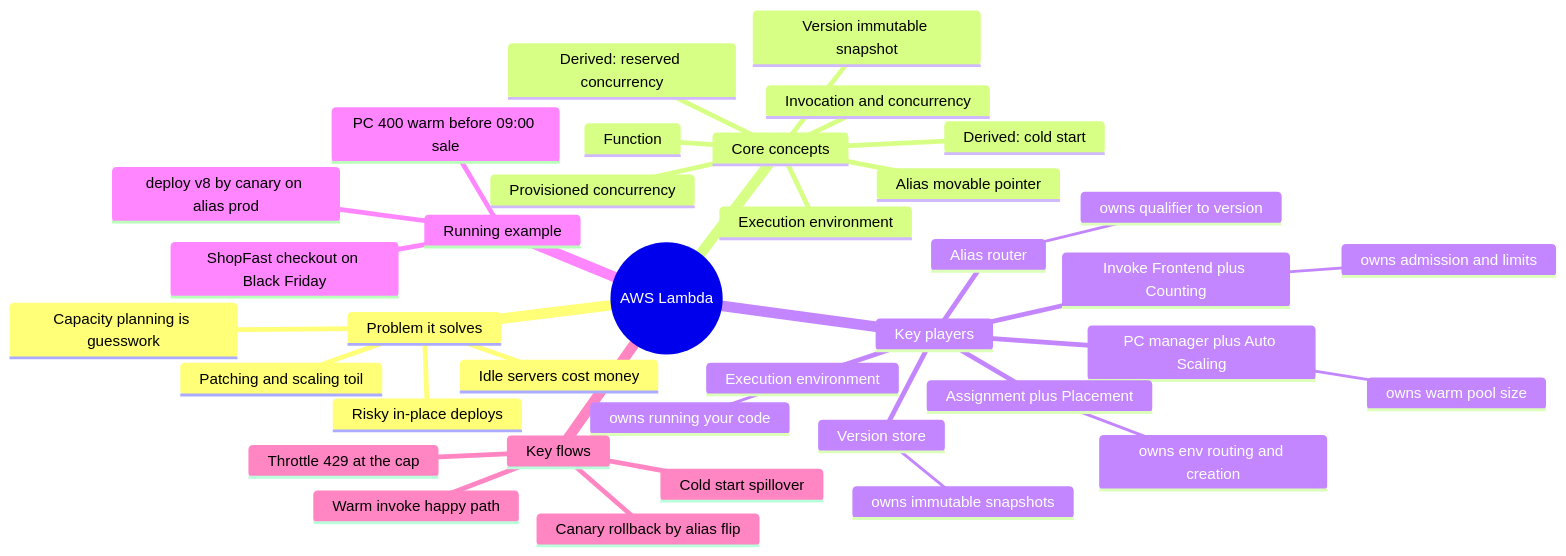
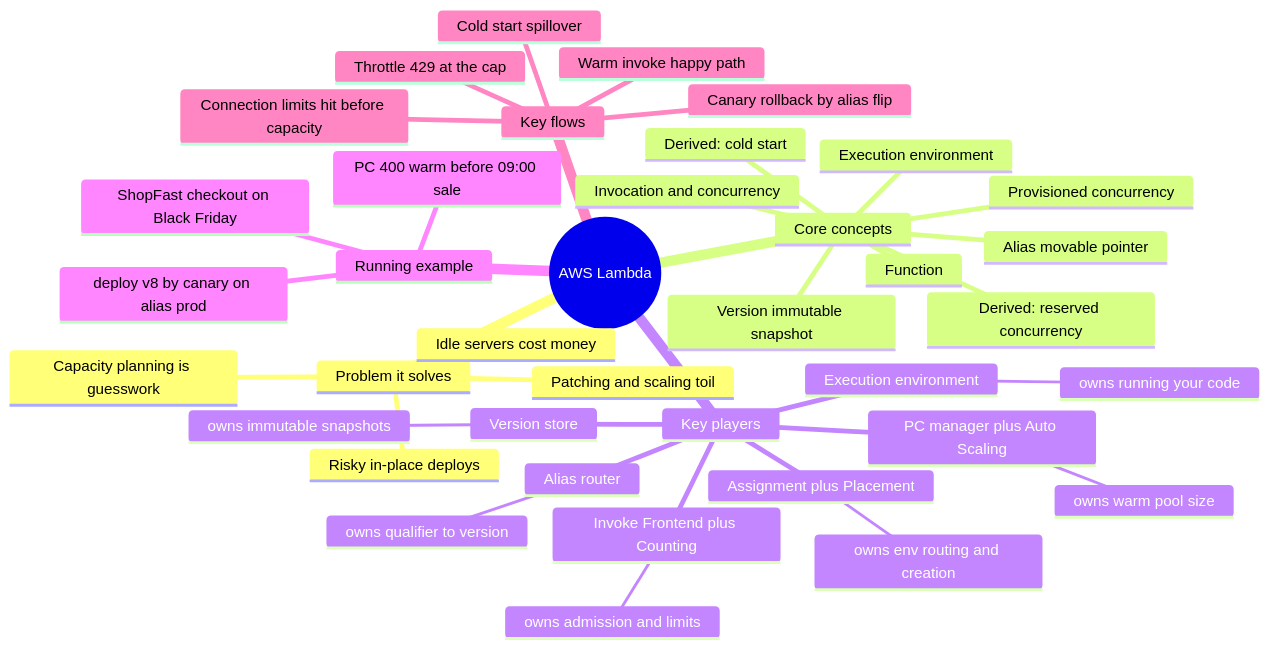
The first of 2 diagrams in aws-lambda-guide/00-overview.md (geekchow/aws-lambda-guide), drawn with Mermaid before and after one commit. The commit also changed other lines of this file and 16 other files, not shown here.

````diff
--- a/aws-lambda-guide/00-overview.md
+++ b/aws-lambda-guide/00-overview.md
@@ -46,40 +46,41 @@
 ```mermaid
 mindmap
   root((AWS Lambda))
     Problem it solves
       Idle servers cost money
       Capacity planning is guesswork
       Patching and scaling toil
       Risky in-place deploys
     Core concepts
       Function
       Execution environment
       Invocation and concurrency
       Version immutable snapshot
       Alias movable pointer
       Provisioned concurrency
       Derived: cold start
       Derived: reserved concurrency
     Key players
       Version store
         owns immutable snapshots
       Alias router
         owns qualifier to version
       PC manager plus Auto Scaling
         owns warm pool size
       Invoke Frontend plus Counting
         owns admission and limits
       Assignment plus Placement
         owns env routing and creation
       Execution environment
         owns running your code
     Running example
       ShopFast checkout on Black Friday
       deploy v8 by canary on alias prod
       PC 400 warm before 09:00 sale
     Key flows
       Warm invoke happy path
       Cold start spillover
       Throttle 429 at the cap
       Canary rollback by alias flip
+      Connection limits hit before capacity
 ```
````
